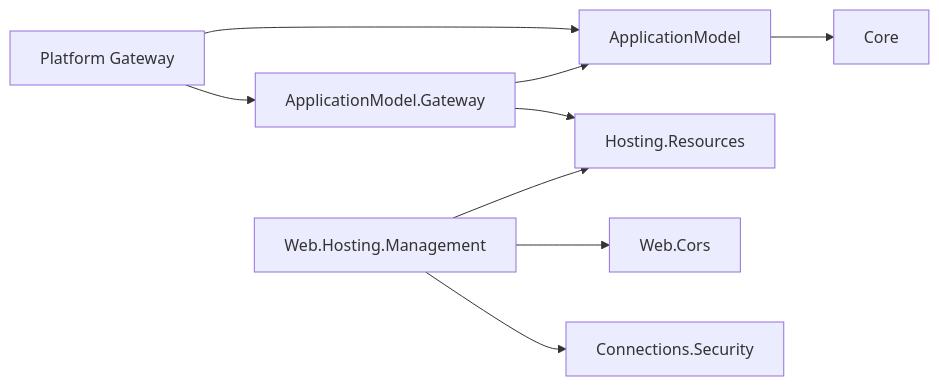
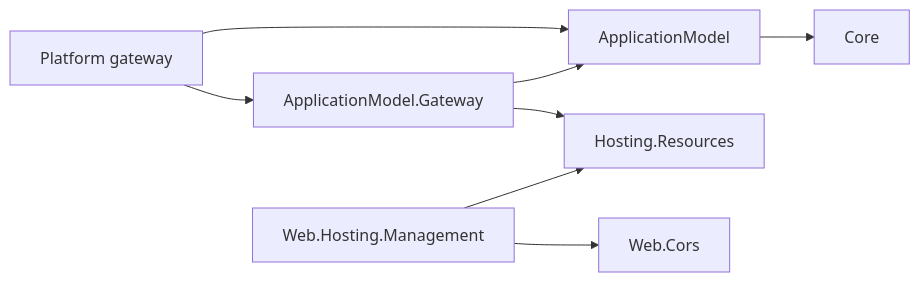
Before and after one commit to assimalign/cohesion: the diagram in docs/libraries/ApplicationModel/RESOURCE_MANAGEMENT.md, drawn with Mermaid. The commit also changed other lines of this file and 267 other files, not shown here.

````diff
--- a/docs/libraries/ApplicationModel/RESOURCE_MANAGEMENT.md
+++ b/docs/libraries/ApplicationModel/RESOURCE_MANAGEMENT.md
@@ -7,11 +12,10 @@
 ```mermaid
 flowchart LR
-    Platform["Platform Gateway"] --> Gateway["ApplicationModel.Gateway"]
+    Platform["Platform gateway"] --> Gateway["ApplicationModel.Gateway"]
     Platform --> Model["ApplicationModel"]
     Gateway --> Model
     Gateway --> Runtime["Hosting.Resources"]
     Adapter["Web.Hosting.Management"] --> Runtime
     Adapter --> Cors["Web.Cors"]
-    Adapter --> Security["Connections.Security"]
     Model --> Core["Core"]
 ```
````
